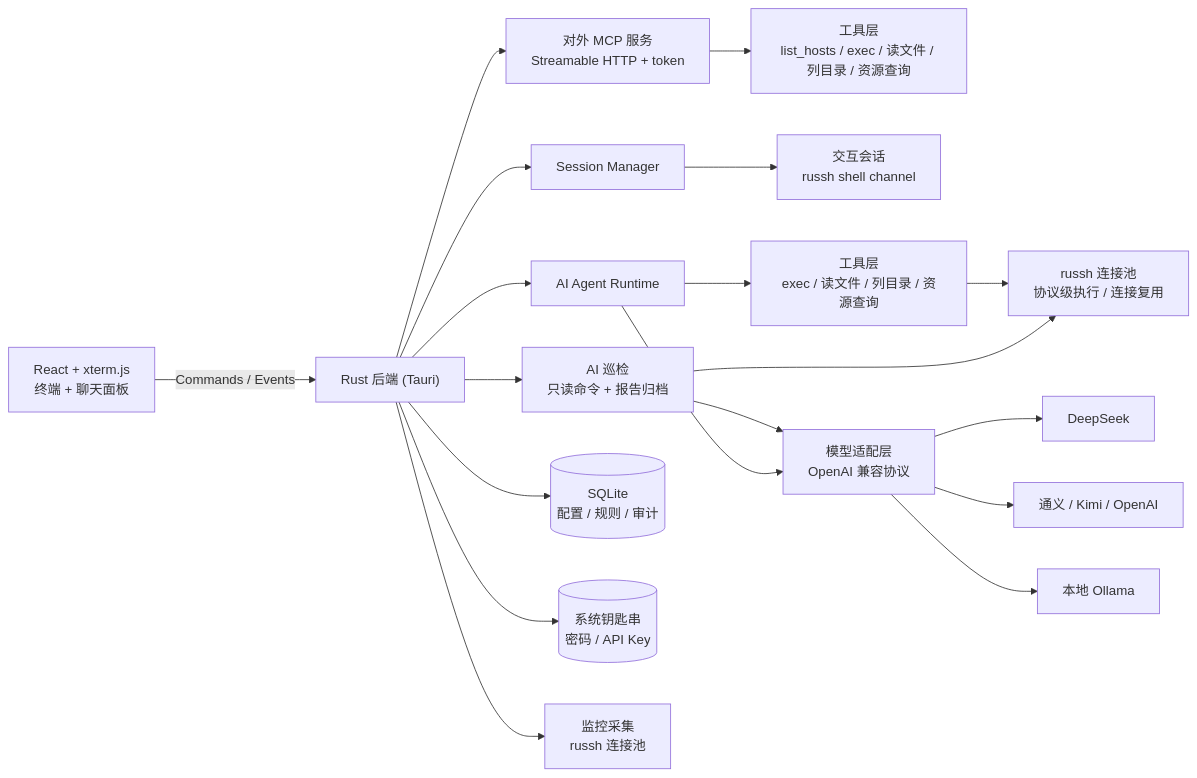
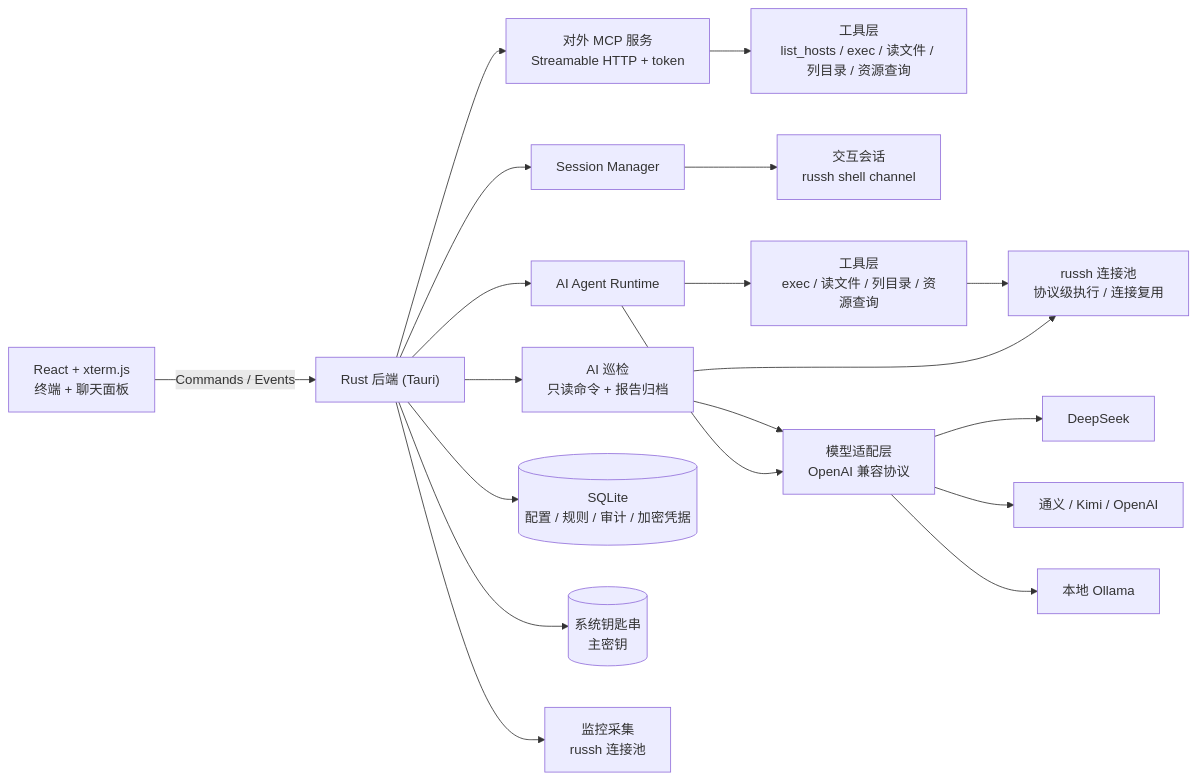
The diagram in README.md (shaguocgl/buff-term), drawn with Mermaid before and after one commit. The commit also changed other lines of this file and 50 other files, not shown here.

````diff
--- a/README.md
+++ b/README.md
@@ -96,21 +111,21 @@
 ```mermaid
 flowchart LR
   UI["React + xterm.js<br/>终端 + 聊天面板"] -->|Commands / Events| BE["Rust 后端 (Tauri)"]
   BE --> SM["Session Manager"]
   BE --> AG["AI Agent Runtime"]
   BE --> MCP["对外 MCP 服务<br/>Streamable HTTP + token"]
   MCP --> MCPTOOL["工具层<br/>list_hosts / exec / 读文件 / 列目录 / 资源查询"]
   SM --> SSH["交互会话<br/>russh shell channel"]
   AG --> TOOL["工具层<br/>exec / 读文件 / 列目录 / 资源查询"]
   TOOL --> RSH["russh 连接池<br/>协议级执行 / 连接复用"]
   BE --> INSP["AI 巡检<br/>只读命令 + 报告归档"]
   INSP --> RSH
   INSP --> PROV
   AG --> PROV["模型适配层<br/>OpenAI 兼容协议"]
   PROV --> DS["DeepSeek"]
   PROV --> QW["通义 / Kimi / OpenAI"]
   PROV --> OLL["本地 Ollama"]
-  BE --> DB[("SQLite<br/>配置 / 规则 / 审计")]
-  BE --> KC[("系统钥匙串<br/>密码 / API Key")]
+  BE --> DB[("SQLite<br/>配置 / 规则 / 审计 / 加密凭据")]
+  BE --> KC[("系统钥匙串<br/>主密钥")]
   BE --> MON["监控采集<br/>russh 连接池"]
 ```
````
